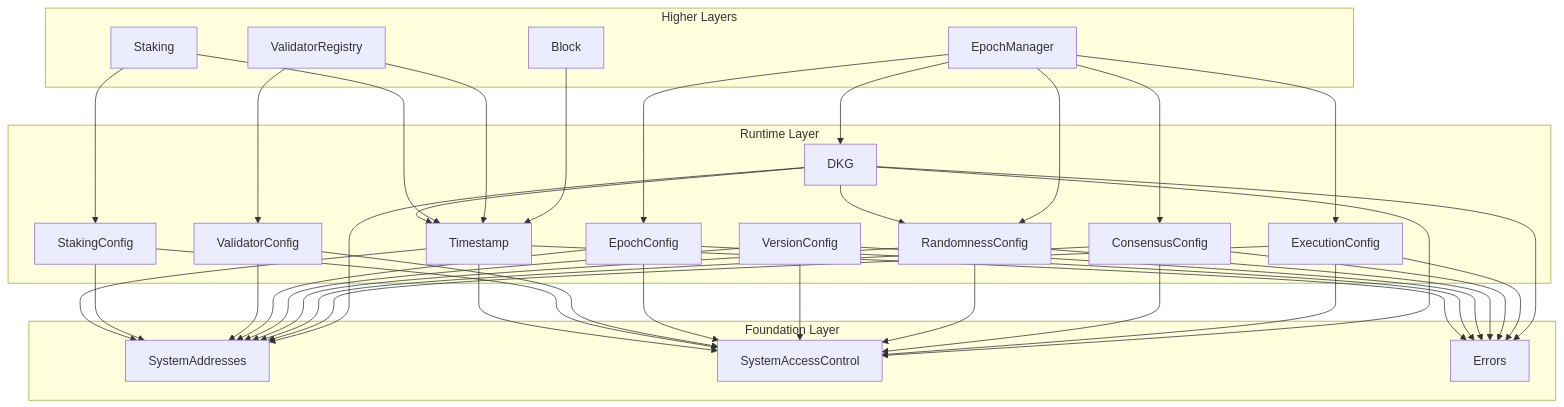
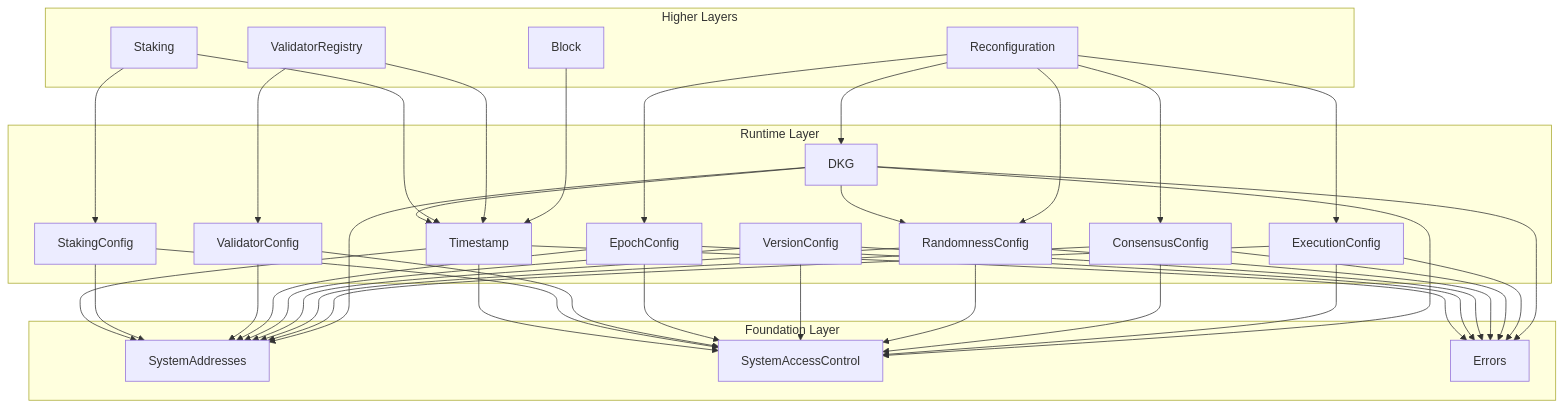
The diagram in spec_v2/runtime.spec.md (Galxe/gravity_chain_core_contracts), drawn with Mermaid before and after one commit. The commit also changed other lines of this file and 26 other files, not shown here.

First line of the commit message:
fix: rename EpochManager to Reconfiguration for consistency

````diff
--- a/spec_v2/runtime.spec.md
+++ b/spec_v2/runtime.spec.md
@@ -63,66 +63,66 @@
 ```mermaid
 graph TD
     subgraph Foundation[Foundation Layer]
         SA[SystemAddresses]
         SAC[SystemAccessControl]
         E[Errors]
     end
     
     subgraph Runtime[Runtime Layer]
         TS[Timestamp]
         SC[StakingConfig]
         VC[ValidatorConfig]
         EC[EpochConfig]
         VER[VersionConfig]
         RC[RandomnessConfig]
         CC[ConsensusConfig]
         XC[ExecutionConfig]
         DKG[DKG]
     end
     
     TS --> SA
     TS --> SAC
     TS --> E
     SC --> SA
     SC --> SAC
     VC --> SA
     VC --> SAC
     EC --> SA
     EC --> SAC
     EC --> E
     VER --> SA
     VER --> SAC
     VER --> E
     RC --> SA
     RC --> SAC
     RC --> E
     CC --> SA
     CC --> SAC
     CC --> E
     XC --> SA
     XC --> SAC
     XC --> E
     DKG --> SA
     DKG --> SAC
     DKG --> E
     DKG --> RC
     DKG --> TS
     
     subgraph HigherLayers[Higher Layers]
         Staking
         ValidatorRegistry
         Block
-        EpochManager
+        Reconfiguration
     end
     
     Staking --> TS
     Staking --> SC
     ValidatorRegistry --> TS
     ValidatorRegistry --> VC
     Block --> TS
-    EpochManager --> EC
-    EpochManager --> RC
-    EpochManager --> CC
-    EpochManager --> XC
-    EpochManager --> DKG
+    Reconfiguration --> EC
+    Reconfiguration --> RC
+    Reconfiguration --> CC
+    Reconfiguration --> XC
+    Reconfiguration --> DKG
 ```
````
